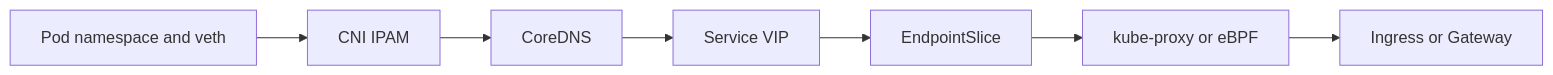
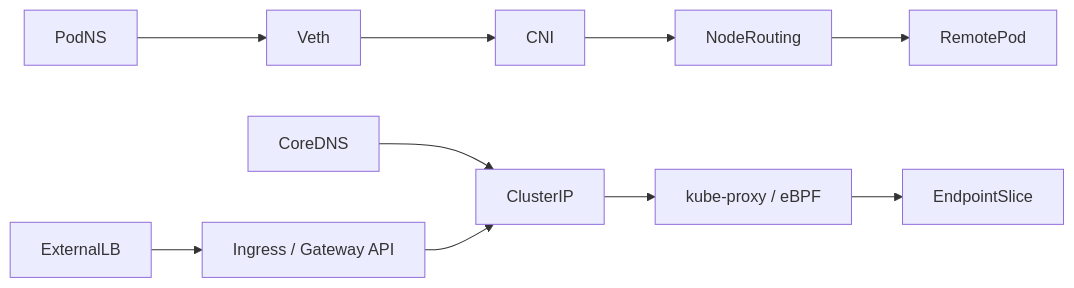
One commit to m1mohamad/devops-sre-prep changed the diagram in docs/study/kubernetes/05-networking-cni-services-ingress.md. Above: the diagram before and after it, drawn with Mermaid. The commit also changed other lines of this file and 106 other files, not shown here.

````diff
--- a/docs/study/kubernetes/05-networking-cni-services-ingress.md
+++ b/docs/study/kubernetes/05-networking-cni-services-ingress.md
@@ -15,4 +19,6 @@
 ```mermaid
 flowchart LR
-  N0[Pod namespace and veth] --> N1[CNI IPAM] --> N2[CoreDNS] --> N3[Service VIP] --> N4[EndpointSlice] --> N5[kube-proxy or eBPF] --> N6[Ingress or Gateway]
+  PodNS --> Veth --> CNI --> NodeRouting --> RemotePod
+  CoreDNS --> ClusterIP --> Dataplane[kube-proxy / eBPF] --> EndpointSlice
+  ExternalLB --> Gateway[Ingress / Gateway API] --> ClusterIP
 ```
````
